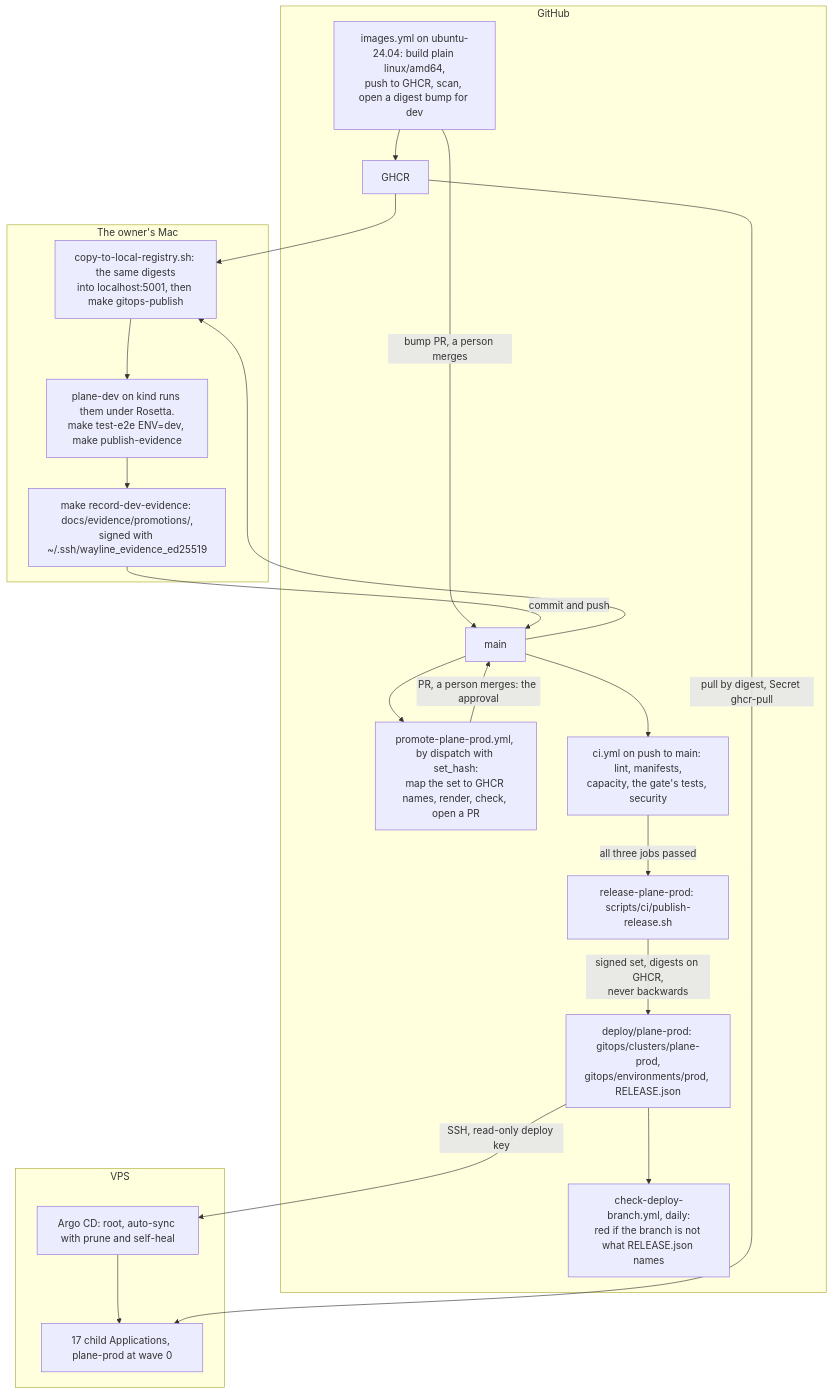
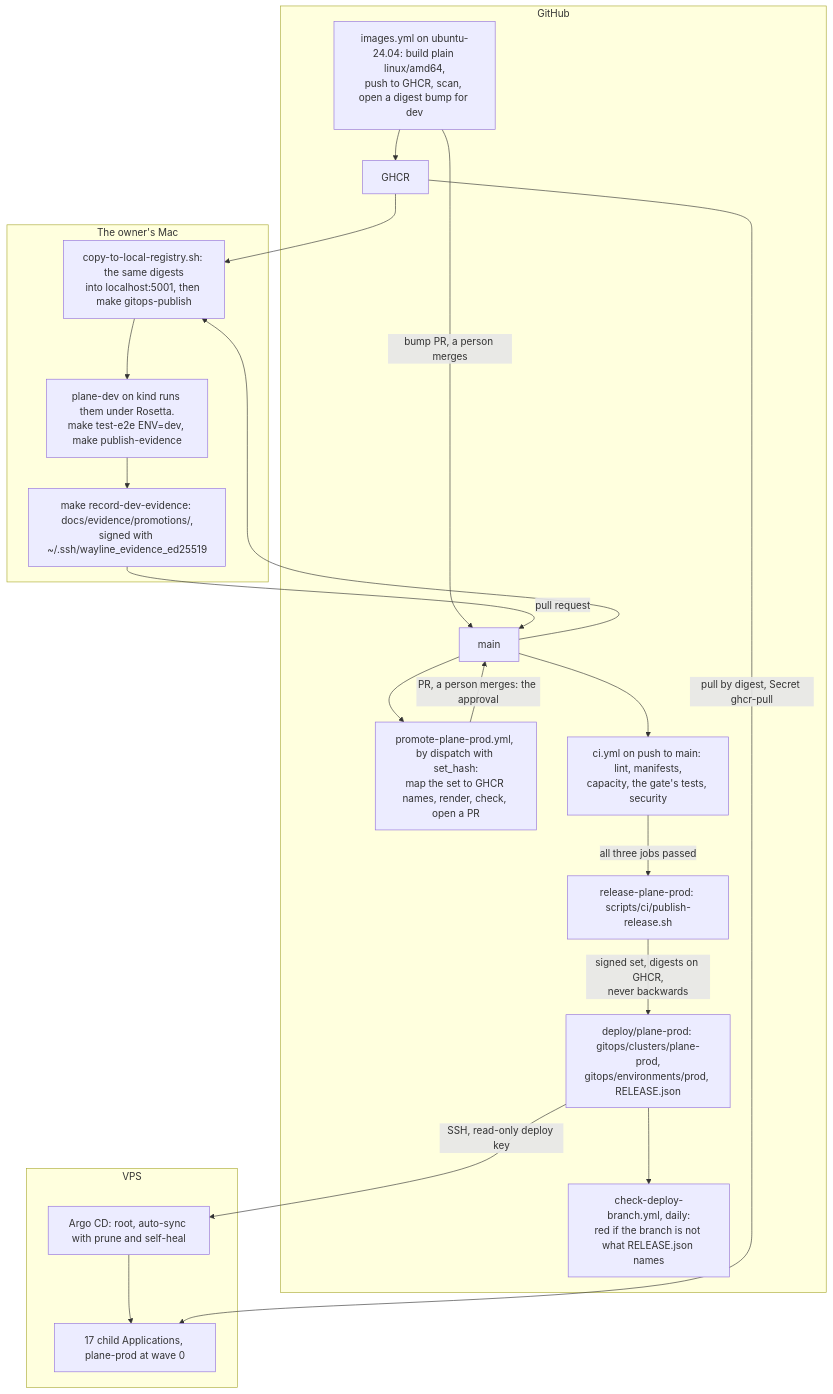
The ninth of 11 diagrams in docs/architecture.md (BereketAbera/plane-platform), drawn with Mermaid before and after one commit. The commit also changed other lines of this file and 44 other files, not shown here.

First line of the commit message:
docs: say what is true now the repository is public and main takes pull requests

````diff
--- a/docs/architecture.md
+++ b/docs/architecture.md
@@ -670,41 +670,41 @@
 ```mermaid
 flowchart TB
   subgraph gh["GitHub"]
     images["images.yml on ubuntu-24.04: build plain linux/amd64,<br/>push to GHCR, scan, open a digest bump for dev"]
     main["main"]
     promo["promote-plane-prod.yml, by dispatch with set_hash:<br/>map the set to GHCR names, render, check, open a PR"]
     ci["ci.yml on push to main: lint, manifests,<br/>capacity, the gate's tests, security"]
     release["release-plane-prod: scripts/ci/publish-release.sh"]
     deploybranch["deploy/plane-prod: gitops/clusters/plane-prod,<br/>gitops/environments/prod, RELEASE.json"]
     daily["check-deploy-branch.yml, daily:<br/>red if the branch is not what RELEASE.json names"]
     ghcr["GHCR"]
   end
 
   subgraph mac["The owner's Mac"]
     copy["copy-to-local-registry.sh: the same digests<br/>into localhost:5001, then make gitops-publish"]
     devrun["plane-dev on kind runs them under Rosetta.<br/>make test-e2e ENV=dev, make publish-evidence"]
     record["make record-dev-evidence: docs/evidence/promotions/,<br/>signed with ~/.ssh/wayline_evidence_ed25519"]
   end
 
   subgraph vps["VPS"]
     argo["Argo CD: root, auto-sync with prune and self-heal"]
     children["17 child Applications, plane-prod at wave 0"]
   end
 
   images --> ghcr
   images -->|"bump PR, a person merges"| main
   main --> copy
   ghcr --> copy
   copy --> devrun
   devrun --> record
-  record -->|"commit and push"| main
+  record -->|"pull request"| main
   main --> promo
   promo -->|"PR, a person merges: the approval"| main
   main --> ci
   ci -->|"all three jobs passed"| release
   release -->|"signed set, digests on GHCR,<br/>never backwards"| deploybranch
   deploybranch --> daily
   deploybranch -->|"SSH, read-only deploy key"| argo
   argo --> children
   ghcr -->|"pull by digest, Secret ghcr-pull"| children
 ```
````
